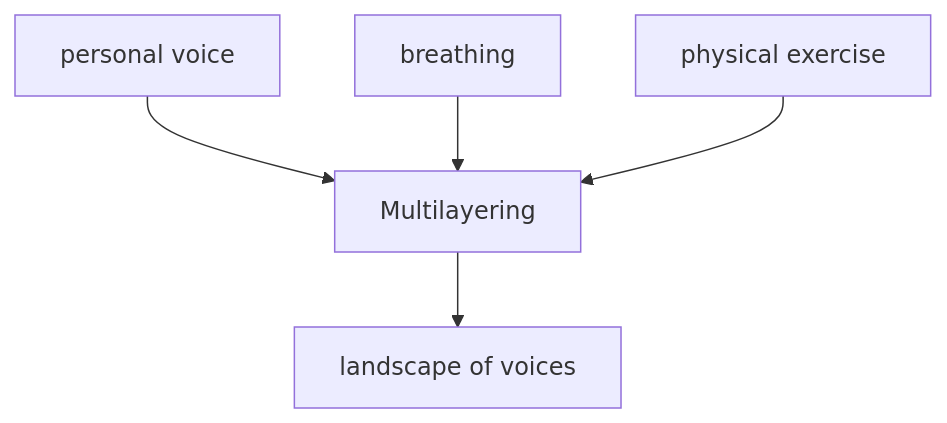
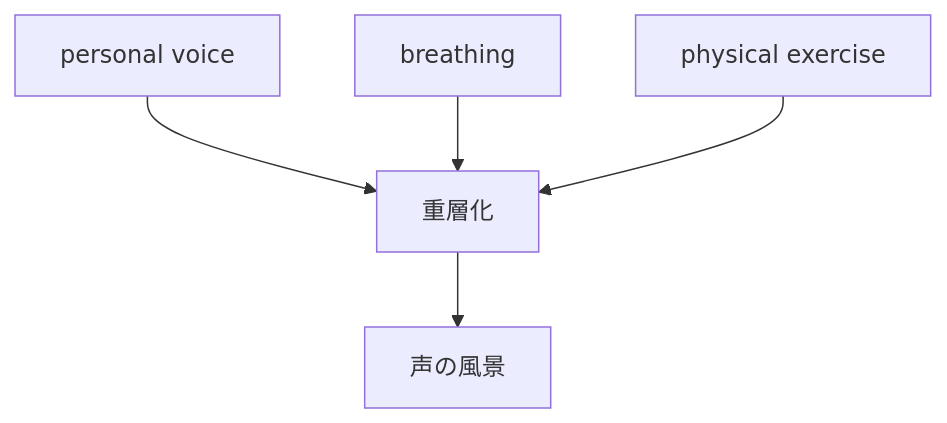
One commit to monumental-movement/monumental-movement.github.io changed the third of 5 diagrams in en/_posts/2026-05-30-column-meredith-monk.md. Above: the diagram before and after it, drawn with Mermaid. The commit also changed other lines of this file and 2196 other files, not shown here.

```diff
--- a/en/_posts/2026-05-30-column-meredith-monk.md
+++ b/en/_posts/2026-05-30-column-meredith-monk.md
@@ -172,7 +172,7 @@
 <div class="mermaid">
 graph TD
-A[personal voice] --> D[Multilayering]
+A[personal voice] --> D[重層化]
 B[breathing] --> D
 C[physical exercise] --> D
-D --> E[landscape of voices]
+D --> E[声の風景]
 </div>
```
